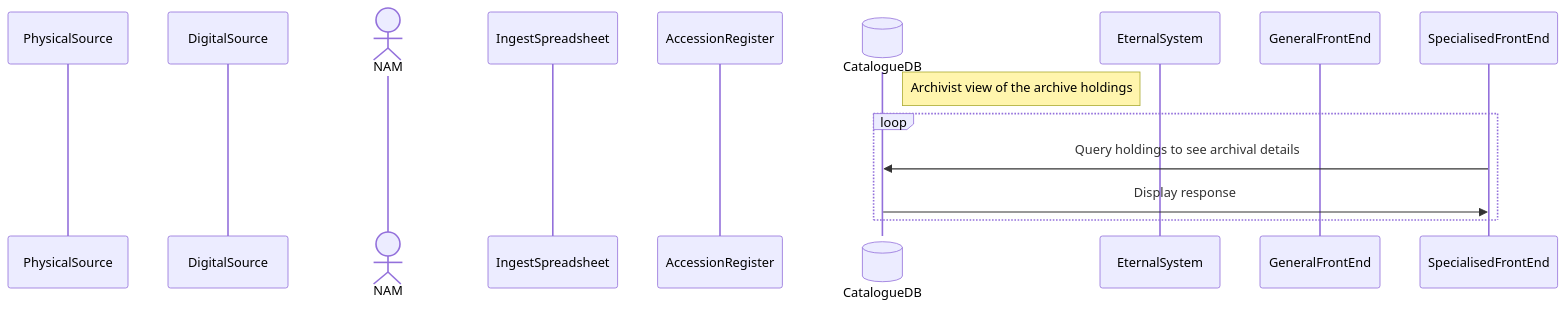
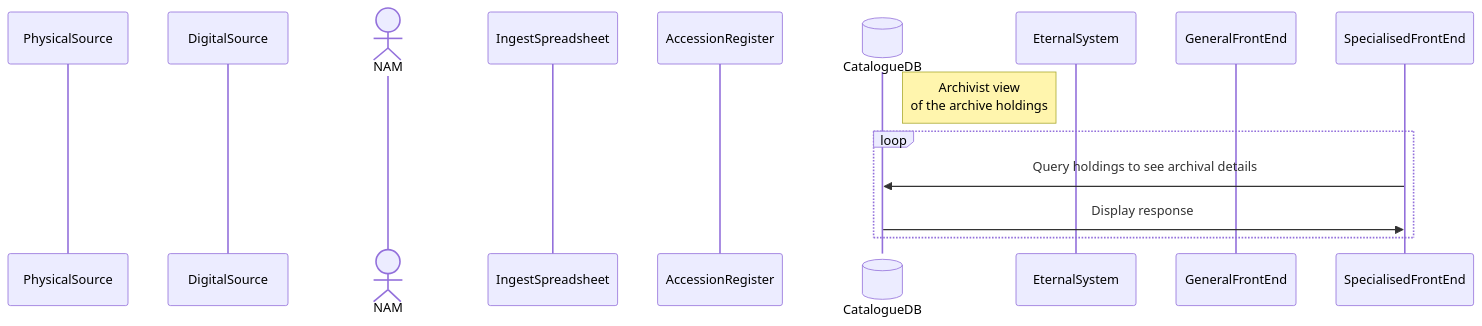
One commit to dgiaretta/NAM changed the fifth of 6 diagrams in README.md. Above: the diagram before and after it, drawn with Mermaid. The commit also changed other lines of this file, not shown here.

````diff
--- a/README.md
+++ b/README.md
@@ -133,17 +133,17 @@
 ```mermaid
 sequenceDiagram
 participant PhysicalSource
 participant DigitalSource
 actor NAM
 participant IngestSpreadsheet
 participant AccessionRegister
 participant CatalogueDB@{ "type": "database" }
 participant EternalSystem
 participant GeneralFrontEnd
 participant SpecialisedFrontEnd
-Note right of CatalogueDB: Archivist view of the archive holdings
+Note right of CatalogueDB: Archivist view<br/>of the archive holdings
 loop
   SpecialisedFrontEnd->>CatalogueDB: Query holdings to see archival details
   CatalogueDB->>SpecialisedFrontEnd: Display response
 end
 ```
````
